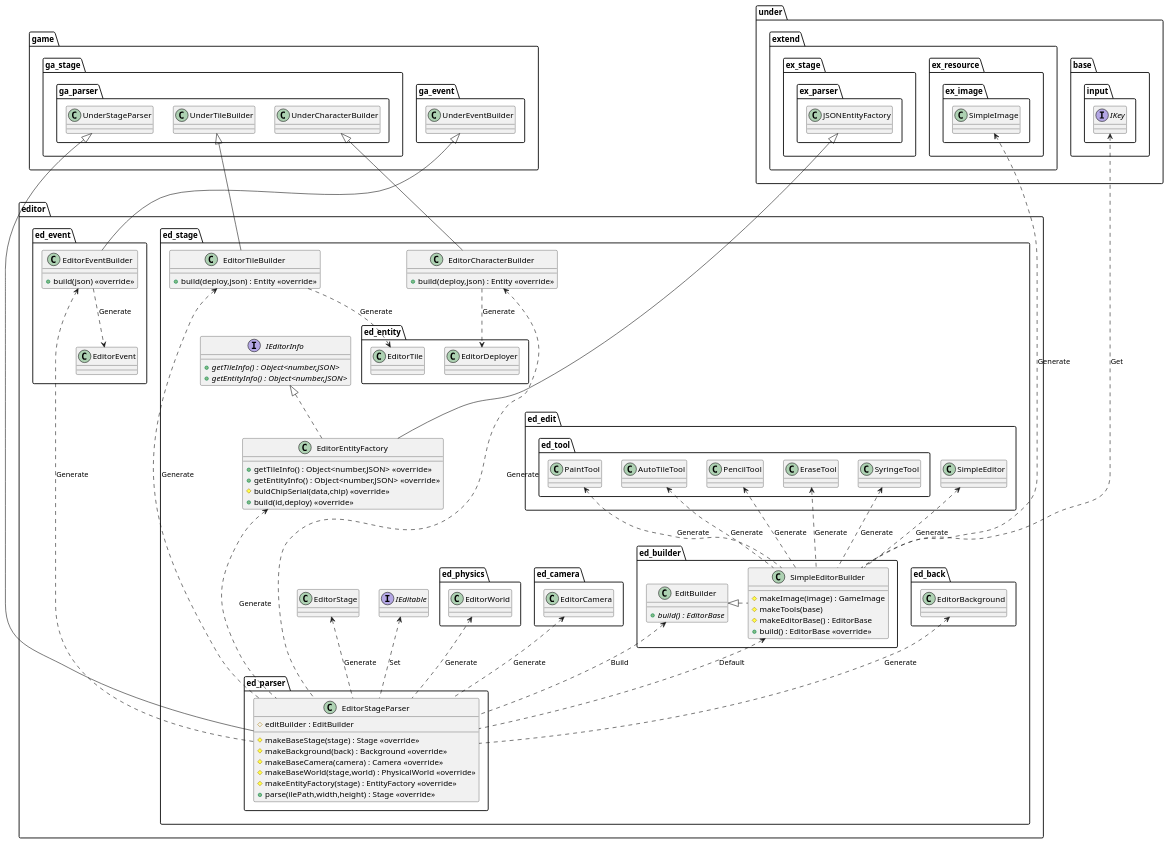
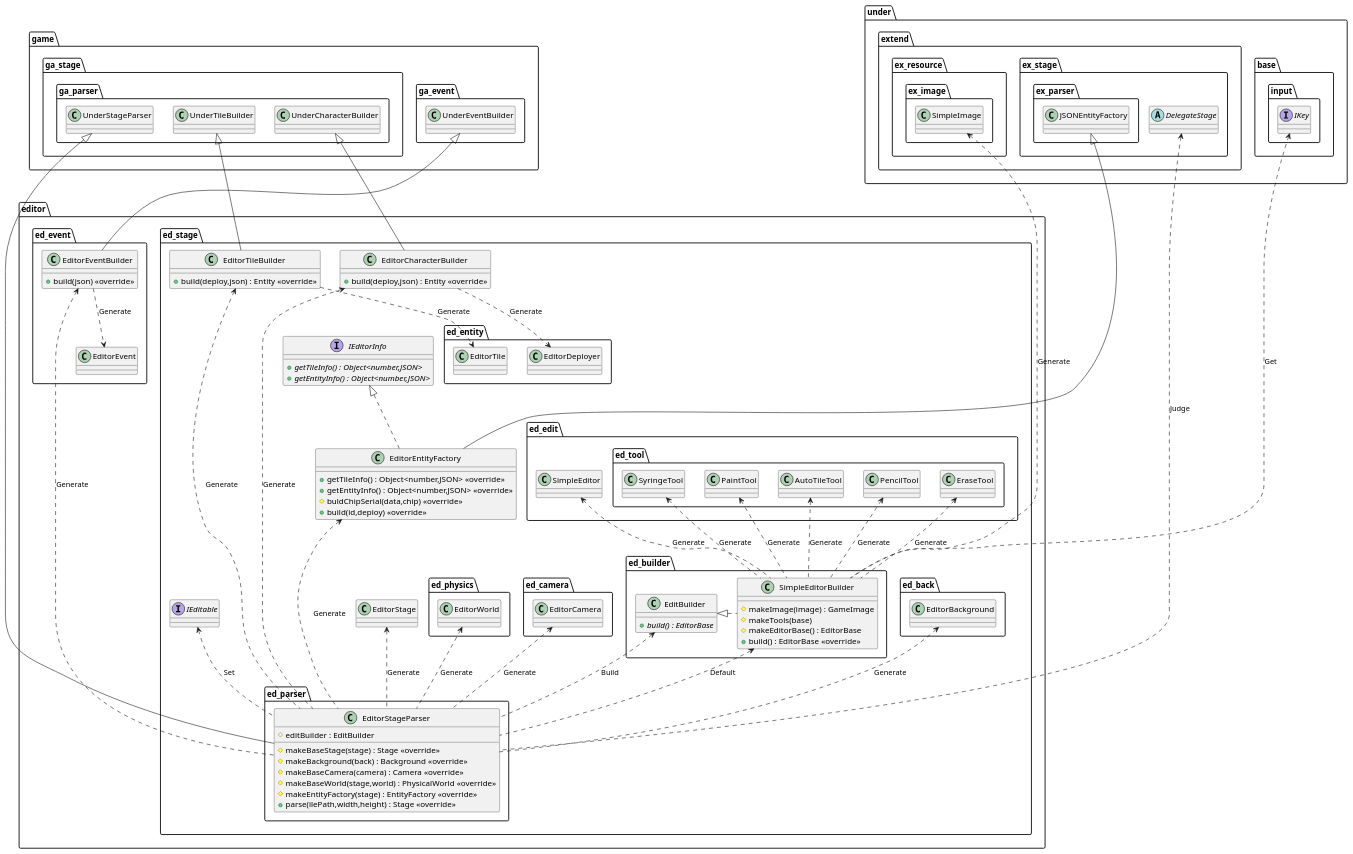
Before and after one commit to Expine/Under: the diagram in uml/editor/Parser.wsd, drawn with PlantUML. The commit also changed 23 other files, not shown here.

```diff
--- a/uml/editor/Parser.wsd
+++ b/uml/editor/Parser.wsd
@@ -1,150 +1,152 @@
 @startuml EditorParser
 
 package editor {
     package ed_event {
         class EditorEventBuilder {
             +build(json) <<override>>
         }
     }
     package ed_stage {
         package ed_builder {
             class EditBuilder {
                 {abstract} +build() : EditorBase
             }
             class SimpleEditorBuilder {
                 #makeImage(image) : GameImage
                 #makeTools(base)
                 #makeEditorBase() : EditorBase
                 +build() : EditorBase <<override>>
             }
         }
         package ed_parser {
             class EditorStageParser {
                 #editBuilder : EditBuilder
                 #makeBaseStage(stage) : Stage <<override>>
                 #makeBackground(back) : Background <<override>>
                 #makeBaseCamera(camera) : Camera <<override>>
                 #makeBaseWorld(stage,world) : PhysicalWorld <<override>>
                 #makeEntityFactory(stage) : EntityFactory <<override>>
                 +parse(ilePath,width,height) : Stage <<override>>
             }
         }
         class EditorTileBuilder {
             +build(deploy,json) : Entity <<override>>
         }
         class EditorCharacterBuilder {
             +build(deploy,json) : Entity <<override>>
         }
         class EditorEntityFactory {
             +getTileInfo() : Object<number,JSON> <<override>>
             +getEntityInfo() : Object<number,JSON> <<override>>
             #buldChipSerial(data,chip) <<override>>
             +build(id,deploy) <<override>>
         }
         interface IEditorInfo {
             {abstract} +getTileInfo() : Object<number,JSON>
             {abstract} +getEntityInfo() : Object<number,JSON>
         }
     }
 }
 
 package under {
     package base {
         package input {
             interface IKey
         }
     }
     package extend {
         package ex_resource {
             package ex_image {
                 class SimpleImage
             }
         }
         package ex_stage {
+            abstract DelegateStage
             package ex_parser {
                 class JSONEntityFactory
             }
         }
     }
 }
 
 package game {
     package ga_event {
         class UnderEventBuilder
     }
     package ga_stage {
         package ga_parser {
             class UnderStageParser
             class UnderTileBuilder
             class UnderCharacterBuilder
         }
     }
 }
 package editor {
     package ed_event {
         class EditorEvent
     }
     package ed_stage {
         interface IEditable
         class EditorStage
         package ed_back {
             class EditorBackground
         }
         package ed_edit {
             class SimpleEditor
             package ed_tool {
                 class PencilTool
                 class EraseTool
                 class SyringeTool
                 class PaintTool
                 class AutoTileTool
             }
         }
         package ed_entity {
             class EditorTile
             class EditorDeployer
         }
         package ed_camera {
             class EditorCamera
         }
         package ed_physics {
             class EditorWorld
         }
     }
 }
 
 SimpleEditorBuilder <.. EditorStageParser : Default
 EditorStage <.. EditorStageParser : Generate
 EditorBackground <.. EditorStageParser : Generate
 EditorCamera <.. EditorStageParser : Generate
 EditorWorld <.. EditorStageParser : Generate
 EditorEntityFactory <... EditorStageParser : Generate
 EditorTileBuilder <..... EditorStageParser : Generate
 EditorCharacterBuilder <..... EditorStageParser : Generate
 EditorEventBuilder <..... EditorStageParser : Generate
+DelegateStage <.. EditorStageParser : Judge
 IEditable <.. EditorStageParser : Set
 EditBuilder <.. EditorStageParser : Build
 
 EditorTileBuilder ..> EditorTile : Generate
 EditorCharacterBuilder ..> EditorDeployer : Generate
 
 SimpleImage <.... SimpleEditorBuilder : Generate
 SimpleEditor <.. SimpleEditorBuilder : Generate
 PencilTool <.. SimpleEditorBuilder : Generate
 EraseTool <.. SimpleEditorBuilder : Generate
 SyringeTool <.. SimpleEditorBuilder : Generate
 PaintTool <.. SimpleEditorBuilder : Generate
 AutoTileTool <.. SimpleEditorBuilder : Generate
 IKey <.... SimpleEditorBuilder : Get
 
 EditorEventBuilder ..> EditorEvent : Generate
 
 UnderStageParser <|--- EditorStageParser
 EditBuilder <|. SimpleEditorBuilder
 UnderTileBuilder <|-- EditorTileBuilder
 UnderCharacterBuilder <|-- EditorCharacterBuilder
 JSONEntityFactory <|---- EditorEntityFactory
 IEditorInfo <|.. EditorEntityFactory
 UnderEventBuilder <|-- EditorEventBuilder
 
 @enduml
```
